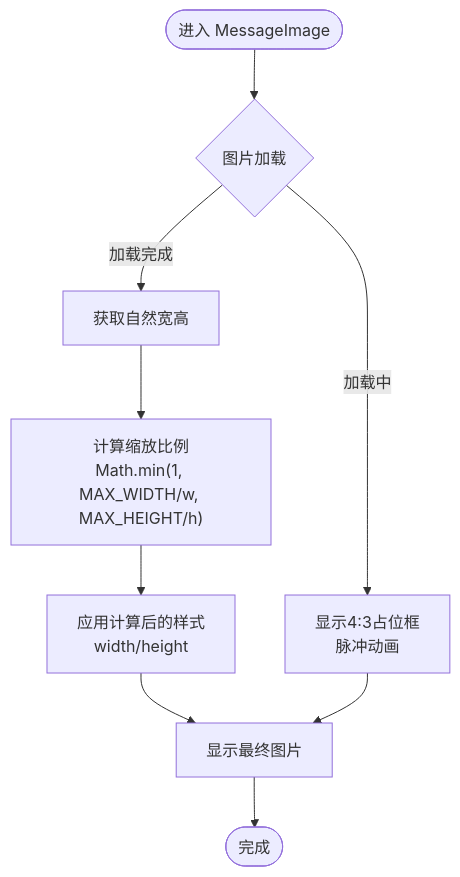
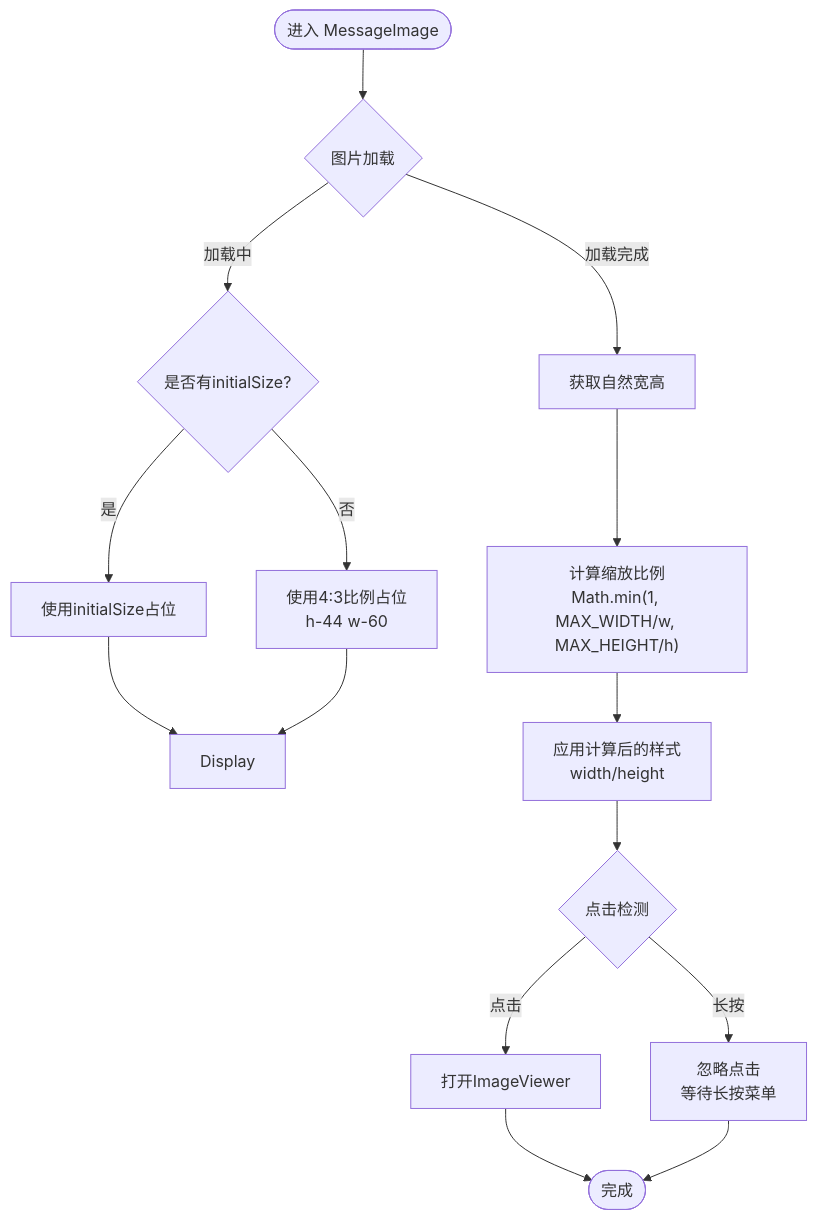
One commit to billye220670/AIShop changed the third of 9 diagrams in .qoder/repowiki/zh/content/架构设计/组件架构设计/功能面板组件/聊天面板组件/消息渲染系统.md. Above: the diagram before and after it, drawn with Mermaid. The commit also changed other lines of this file and 40 other files, not shown here.

````diff
--- a/.qoder/repowiki/zh/content/架构设计/组件架构设计/功能面板组件/聊天面板组件/消息渲染系统.md
+++ b/.qoder/repowiki/zh/content/架构设计/组件架构设计/功能面板组件/聊天面板组件/消息渲染系统.md
@@ -217,11 +251,17 @@
 ```mermaid
 flowchart TD
 Start(["进入 MessageImage"]) --> Load{"图片加载"}
-Load --> |加载中| Placeholder["显示4:3占位框<br/>脉冲动画"]
+Load --> |加载中| Placeholder{"是否有initialSize?"}
+Placeholder --> |是| UseInitial["使用initialSize占位"]
+Placeholder --> |否| Default["使用4:3比例占位<br/>h-44 w-60"]
+UseInitial --> Display
+Default --> Display
 Load --> |加载完成| GetSize["获取自然宽高"]
 GetSize --> CalcScale["计算缩放比例<br/>Math.min(1, MAX_WIDTH/w, MAX_HEIGHT/h)"]
 CalcScale --> ApplyStyle["应用计算后的样式<br/>width/height"]
-ApplyStyle --> Display["显示最终图片"]
-Placeholder --> Display
-Display --> End(["完成"])
+ApplyStyle --> ClickCheck{"点击检测"}
+ClickCheck --> |点击| OpenViewer["打开ImageViewer"]
+ClickCheck --> |长按| Ignore["忽略点击<br/>等待长按菜单"]
+OpenViewer --> End(["完成"])
+Ignore --> End
 ```
````
